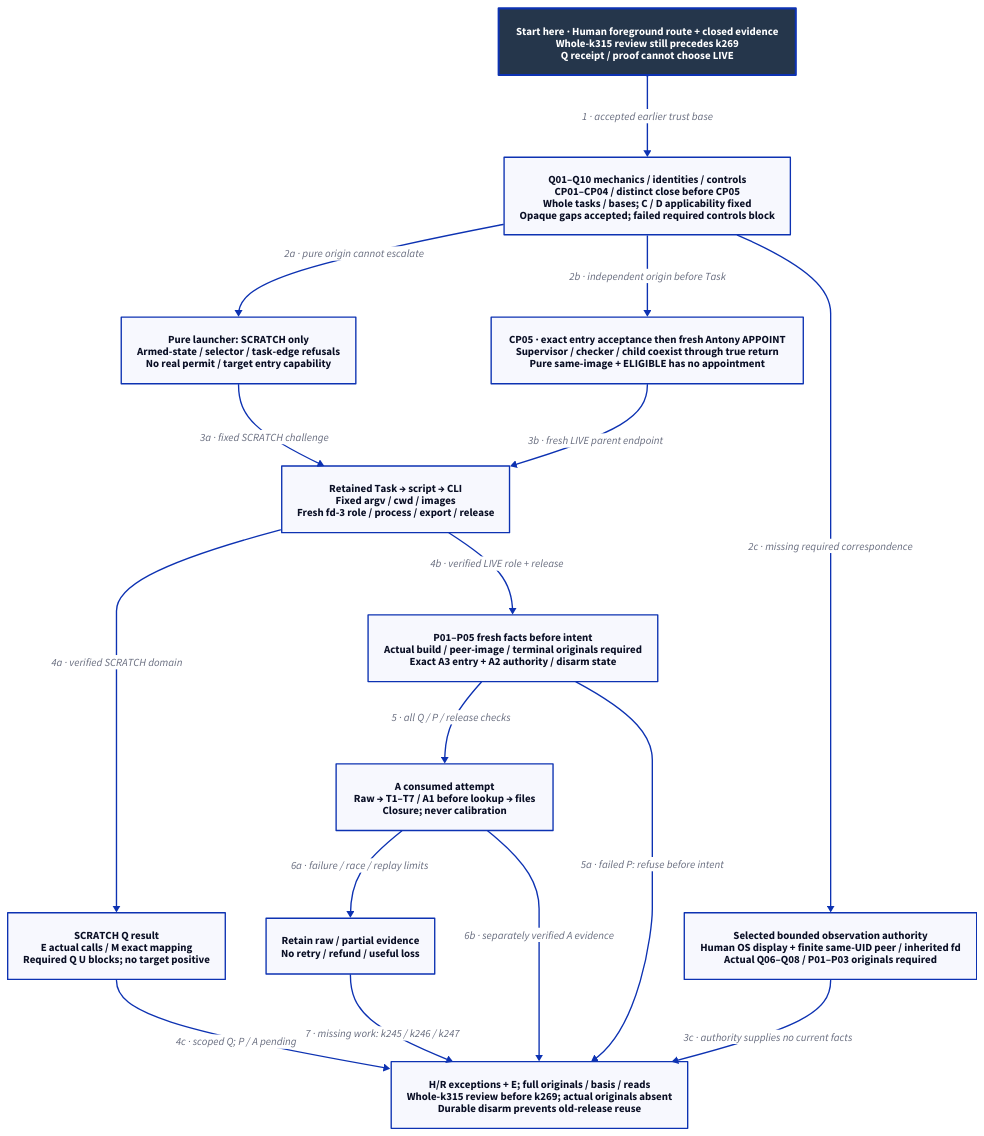
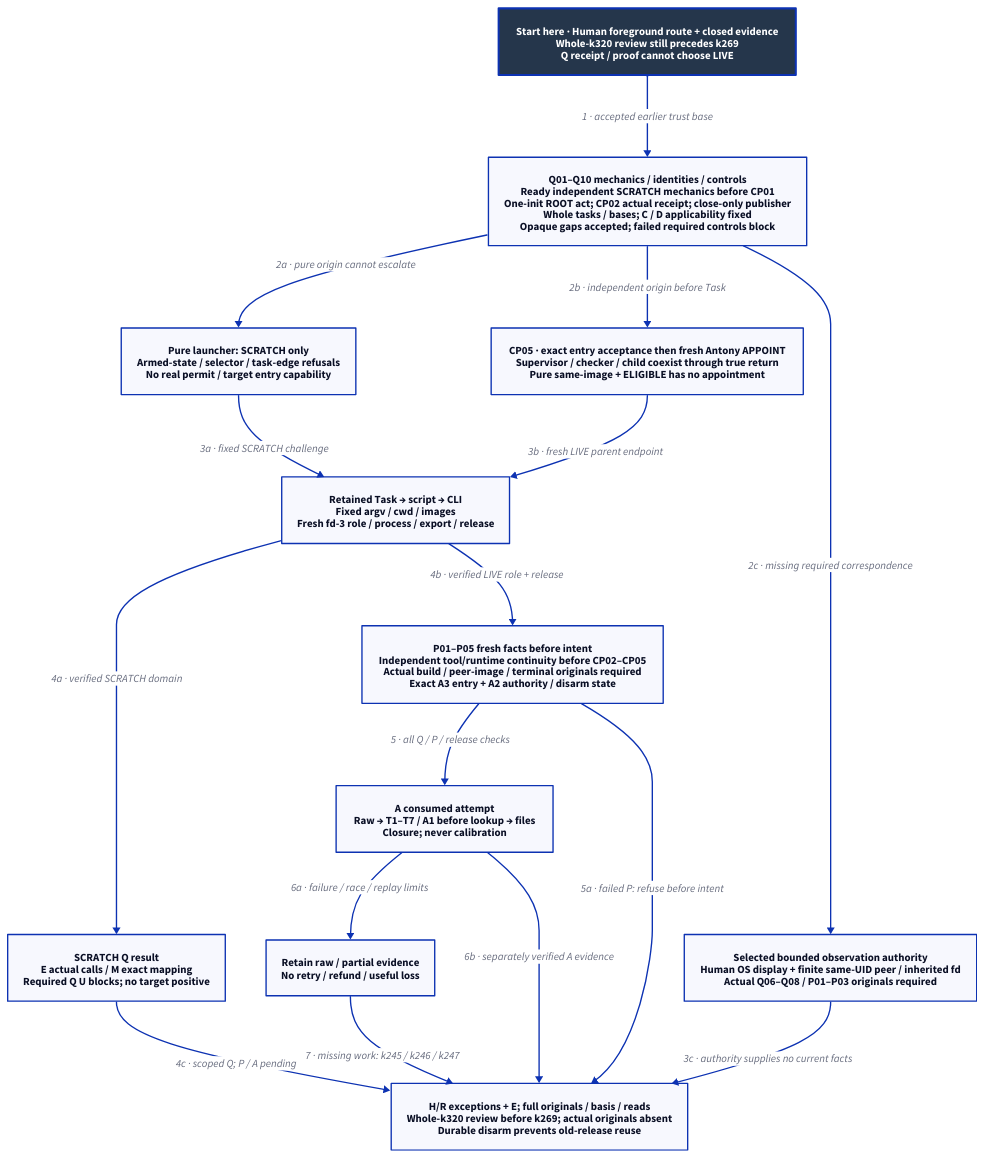
The diagram in docs/design/architecture/native-reference-packaging.d2 (Linkuistics/Koine), drawn with D2 before and after one commit. The commit also changed 49 other files, not shown here.

```diff
--- a/docs/design/architecture/native-reference-packaging.d2
+++ b/docs/design/architecture/native-reference-packaging.d2
@@ -1,31 +1,31 @@
 # Proposed staged credit; no artifact, release or operation is qualified.
 direction: down
 classes: {
   start: {style: {fill: "#25364B"; font-color: "#FFFFFF"; bold: true; stroke-width: 3}}
 }
-Start: "Start here · Human foreground route + closed evidence\nWhole-k315 review still precedes k269\nQ receipt / proof cannot choose LIVE" {class: start}
-Ready: "Q01–Q10 mechanics / identities / controls\nCP01–CP04 / distinct close before CP05\nWhole tasks / bases; C / D applicability fixed\nOpaque gaps accepted; failed required controls block"
+Start: "Start here · Human foreground route + closed evidence\nWhole-k320 review still precedes k269\nQ receipt / proof cannot choose LIVE" {class: start}
+Ready: "Q01–Q10 mechanics / identities / controls\nReady independent SCRATCH mechanics before CP01\nOne-init ROOT act; CP02 actual receipt; close-only publisher\nWhole tasks / bases; C / D applicability fixed\nOpaque gaps accepted; failed required controls block"
 Task: "Retained Task → script → CLI\nFixed argv / cwd / images\nFresh fd-3 role / process / export / release"
 Scratch: "Pure launcher: SCRATCH only\nArmed-state / selector / task-edge refusals\nNo real permit / target entry capability"
 Live: "CP05 · exact entry acceptance then fresh Antony APPOINT\nSupervisor / checker / child coexist through true return\nPure same-image + ELIGIBLE has no appointment"
 Proof: "SCRATCH Q result\nE actual calls / M exact mapping\nRequired Q U blocks; no target positive"
-Preflight: "P01–P05 fresh facts before intent\nActual build / peer-image / terminal originals required\nExact A3 entry + A2 authority / disarm state"
+Preflight: "P01–P05 fresh facts before intent\nIndependent tool/runtime continuity before CP02–CP05\nActual build / peer-image / terminal originals required\nExact A3 entry + A2 authority / disarm state"
 Attempt: "A consumed attempt\nRaw → T1–T7 / A1 before lookup → files\nClosure; never calibration"
 Failure: "Retain raw / partial evidence\nNo retry / refund / useful loss"
 Route: "Selected bounded observation authority\nHuman OS display + finite same-UID peer / inherited fd\nActual Q06–Q08 / P01–P03 originals required"
-Final: "H/R exceptions + E; full originals / basis / reads\nWhole-k315 review before k269; actual originals absent\nDurable disarm prevents old-release reuse"
+Final: "H/R exceptions + E; full originals / basis / reads\nWhole-k320 review before k269; actual originals absent\nDurable disarm prevents old-release reuse"
 Start -> Ready: "1 · accepted earlier trust base"
 Ready -> Scratch: "2a · pure origin cannot escalate"
 Ready -> Live: "2b · independent origin before Task"
 Scratch -> Task: "3a · fixed SCRATCH challenge"
 Live -> Task: "3b · fresh LIVE parent endpoint"
 Task -> Proof: "4a · verified SCRATCH domain"
 Proof -> Final: "4c · scoped Q; P / A pending"
 Task -> Preflight: "4b · verified LIVE role + release"
 Preflight -> Attempt: "5 · all Q / P / release checks"
 Preflight -> Final: "5a · failed P: refuse before intent"
 Ready -> Route: "2c · missing required correspondence"
 Route -> Final: "3c · authority supplies no current facts"
 Attempt -> Failure: "6a · failure / race / replay limits"
 Attempt -> Final: "6b · separately verified A evidence"
 Failure -> Final: "7 · missing work: k245 / k246 / k247"
```
